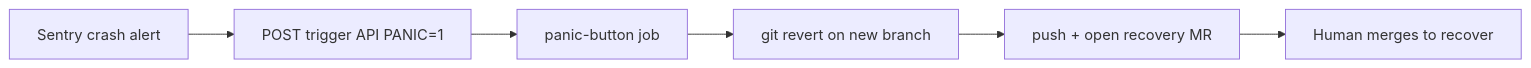
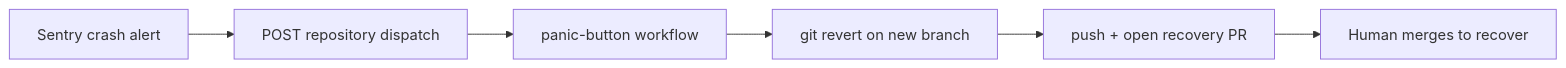
Before and after one commit to VIVAAN-DHAWAN/talos: the diagram in .github/scripts/panic-button/README.md, drawn with Mermaid. The commit also changed other lines of this file and 16 other files, not shown here.

````diff
--- a/.github/scripts/panic-button/README.md
+++ b/.github/scripts/panic-button/README.md
@@ -47,8 +38,8 @@
 ```mermaid
 flowchart LR
-  A[Sentry crash alert] --> B[POST trigger API PANIC=1]
-  B --> C[panic-button job]
-  C --> D[git revert on new branch]
-  D --> E[push + open recovery MR]
-  E --> F[Human merges to recover]
+  A["Sentry crash alert"] --> B["POST repository dispatch"]
+  B --> C["panic-button workflow"]
+  C --> D["git revert on new branch"]
+  D --> E["push + open recovery PR"]
+  E --> F["Human merges to recover"]
 ```
````
